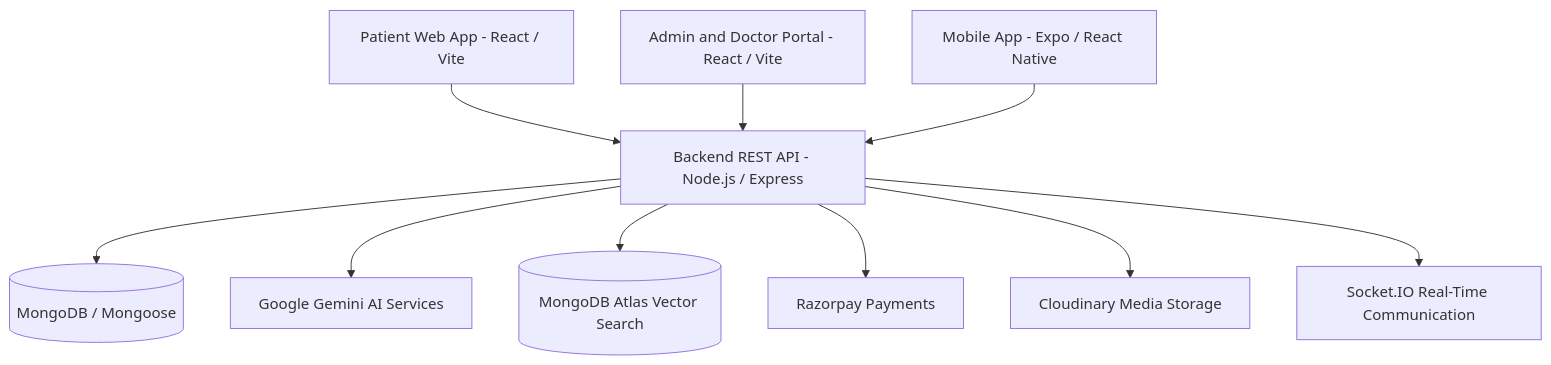
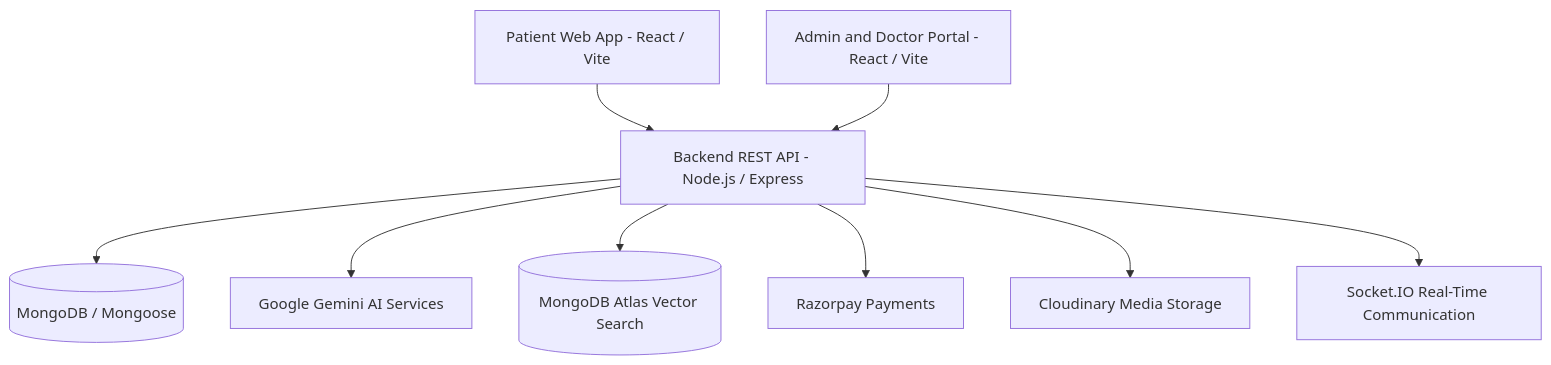
The first of 2 diagrams in README.md (Adarsh-Chaubey03/Click2Clinic-Public), drawn with Mermaid before and after one commit. The commit also changed other lines of this file, not shown here.

````diff
--- a/README.md
+++ b/README.md
@@ -31,23 +31,21 @@
 ```mermaid
 flowchart TD
     P[Patient Web App - React / Vite]
     A[Admin and Doctor Portal - React / Vite]
-    M[Mobile App - Expo / React Native]
     API[Backend REST API - Node.js / Express]
     DB[(MongoDB / Mongoose)]
     AI[Google Gemini AI Services]
     V[(MongoDB Atlas Vector Search)]
     PAY[Razorpay Payments]
     MEDIA[Cloudinary Media Storage]
     RT[Socket.IO Real-Time Communication]
 
     P --> API
     A --> API
-    M --> API
     API --> DB
     API --> AI
     API --> V
     API --> PAY
     API --> MEDIA
     API --> RT
 ```
````
